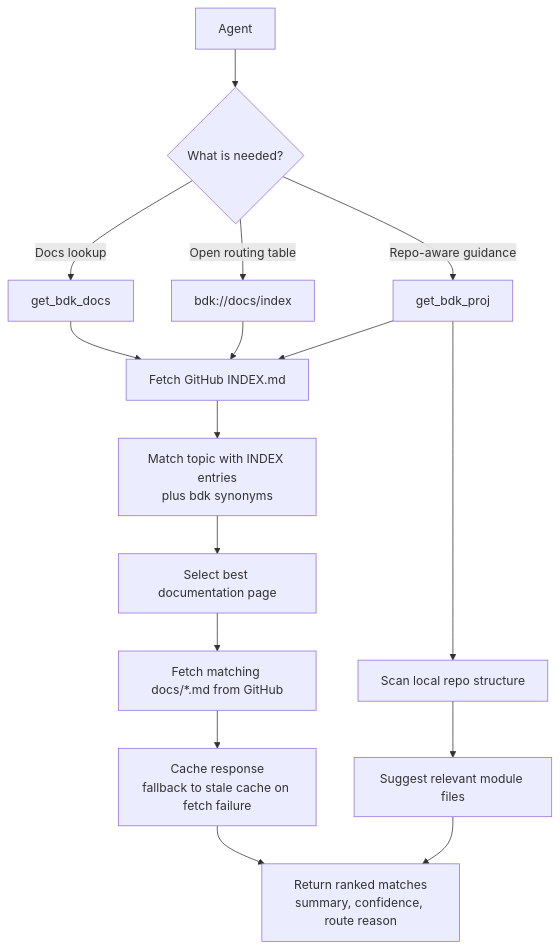
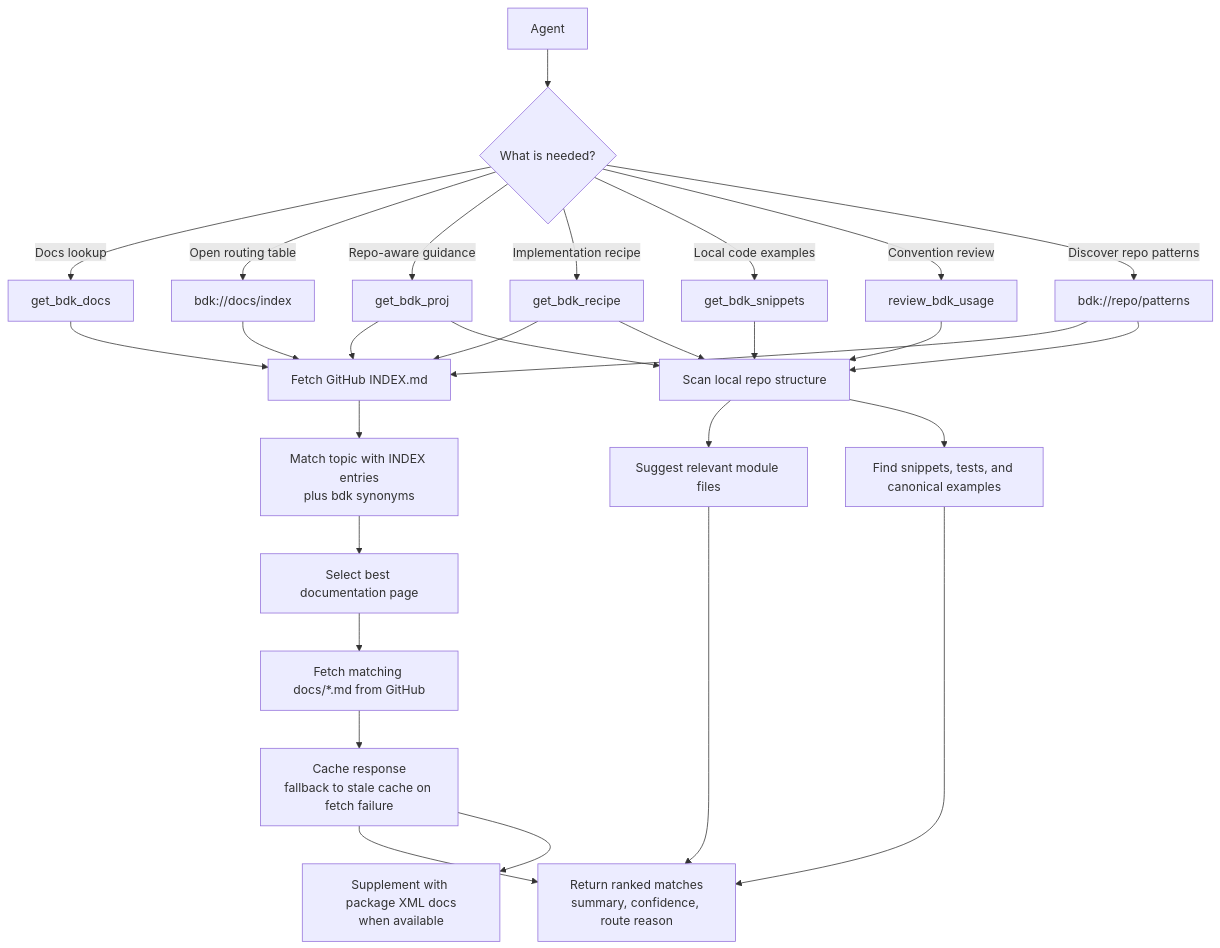
One commit to BridgingIT-GmbH/bITdevKit.Examples.GettingStarted changed the first of 2 diagrams in .bdk/mcp/README.md. Above: the diagram before and after it, drawn with Mermaid. The commit also changed other lines of this file and 1 other file, not shown here.

Commit message:
feat(mcp): Refactor code structure for improved readability and maintainability

````diff
--- a/.bdk/mcp/README.md
+++ b/.bdk/mcp/README.md
@@ -18,21 +18,36 @@
 ```mermaid
 flowchart TD
     U[Agent] --> Q{What is needed?}
     Q -->|Docs lookup| D[get_bdk_docs]
     Q -->|Open routing table| R[bdk://docs/index]
     Q -->|Repo-aware guidance| P[get_bdk_proj]
+    Q -->|Implementation recipe| X[get_bdk_recipe]
+    Q -->|Local code examples| N[get_bdk_snippets]
+    Q -->|Convention review| V[review_bdk_usage]
+    Q -->|Discover repo patterns| T[bdk://repo/patterns]
 
     D --> I[Fetch GitHub INDEX.md]
     R --> I
     P --> I
+    X --> I
+    T --> I
 
     I --> M[Match topic with INDEX entries<br/>plus bdk synonyms]
-    M --> S[Select best documentation page]
-    S --> G[Fetch matching docs/*.md from GitHub]
+    M --> SEL[Select best documentation page]
+    SEL --> G[Fetch matching docs/*.md from GitHub]
     G --> C[Cache response<br/>fallback to stale cache on fetch failure]
     C --> A[Return ranked matches<br/>summary, confidence, route reason]
+    C --> X1[Supplement with package XML docs<br/>when available]
 
     P --> H[Scan local repo structure]
     H --> F[Suggest relevant module files]
     F --> A
+
+    X --> H
+    N --> H
+    V --> H
+    T --> H
+
+    H --> L[Find snippets, tests, and canonical examples]
+    L --> A
 ```
````
